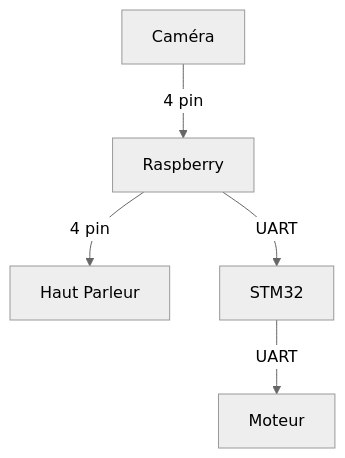
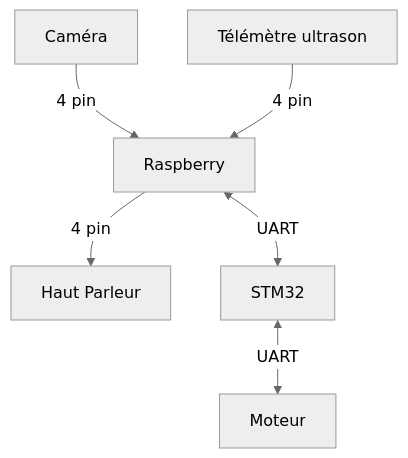
The diagram in RapportPreEtude.md (jo-pouradier/ProjetTransversal), drawn with Mermaid (neutral theme) before and after one commit.

Commit message:
add telem

````diff
--- a/RapportPreEtude.md
+++ b/RapportPreEtude.md
@@ -31,8 +31,9 @@
 ```mermaid
 graph TD
     A[Caméra]-- 4 pin -->C[Raspberry]
+    F[Télémètre ultrason]-- 4 pin -->C
     C-- 4 pin -->B[Haut Parleur]
-    C-- UART -->D[STM32]
-    D-- UART -->E[Moteur]
+    C<-- UART -->D[STM32]
+    D<-- UART -->E[Moteur]
 
 ```
````
